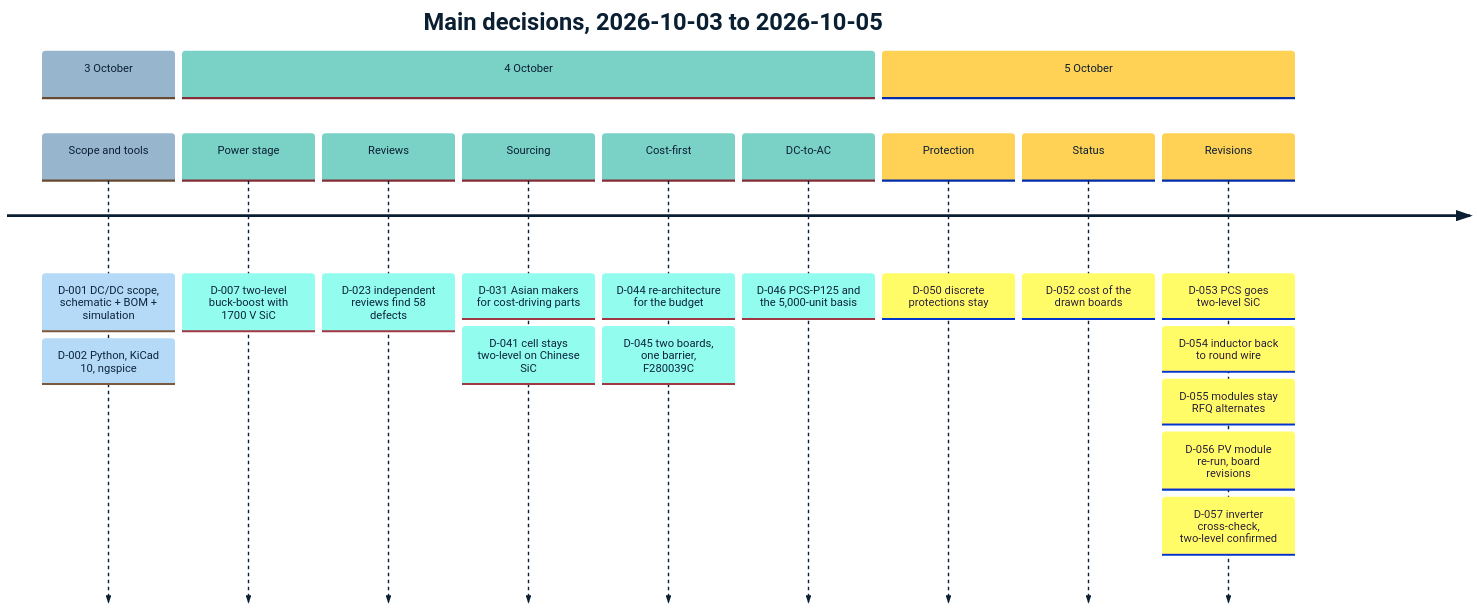
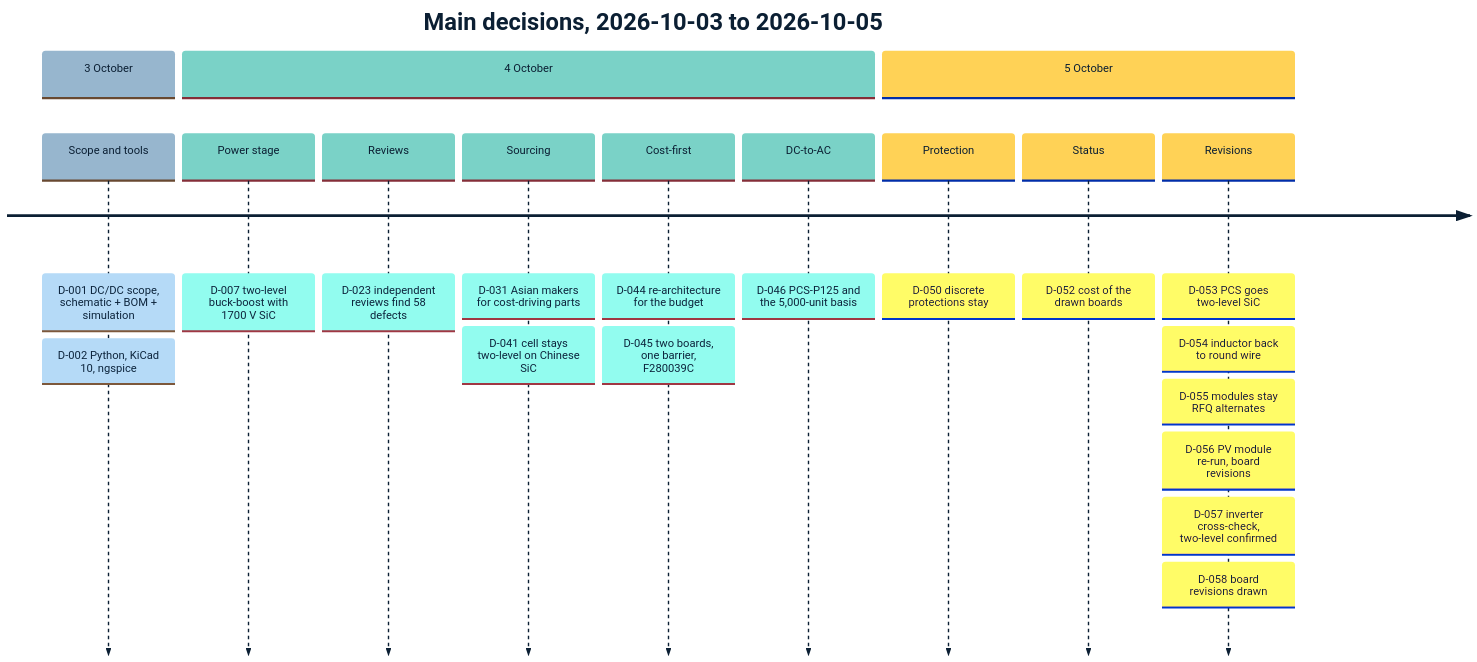
The second of 2 diagrams in docs/guide/01-overview.md (vectivolt/PCM), drawn with Mermaid before and after one commit. The commit also changed other lines of this file and 161 other files, not shown here.

````diff
--- a/docs/guide/01-overview.md
+++ b/docs/guide/01-overview.md
@@ -83,17 +83,17 @@
 ```mermaid
 %%{init: {"theme": "base", "themeVariables": {"primaryColor": "#EEF3F7", "primaryBorderColor": "#0B1F33", "primaryTextColor": "#0B1F33", "lineColor": "#5B6B7A", "secondaryColor": "#D9F2EF", "tertiaryColor": "#FFF4D6", "fontFamily": "Inter, Helvetica, Arial, sans-serif"}}}%%
 timeline
     title Main decisions, 2026-10-03 to 2026-10-05
     section 3 October
         Scope and tools : D-001 DC/DC scope, schematic + BOM + simulation : D-002 Python, KiCad 10, ngspice
     section 4 October
         Power stage : D-007 two-level buck-boost with 1700 V SiC
         Reviews : D-023 independent reviews find 58 defects
         Sourcing : D-031 Asian makers for cost-driving parts : D-041 cell stays two-level on Chinese SiC
         Cost-first : D-044 re-architecture for the budget : D-045 two boards, one barrier, F280039C
         DC-to-AC : D-046 PCS-P125 and the 5,000-unit basis
     section 5 October
         Protection : D-050 discrete protections stay
         Status : D-052 cost of the drawn boards
-        Revisions : D-053 PCS goes two-level SiC : D-054 inductor back to round wire : D-055 modules stay RFQ alternates : D-056 PV module re-run, board revisions : D-057 inverter cross-check, two-level confirmed
+        Revisions : D-053 PCS goes two-level SiC : D-054 inductor back to round wire : D-055 modules stay RFQ alternates : D-056 PV module re-run, board revisions : D-057 inverter cross-check, two-level confirmed : D-058 board revisions drawn
 ```
````
